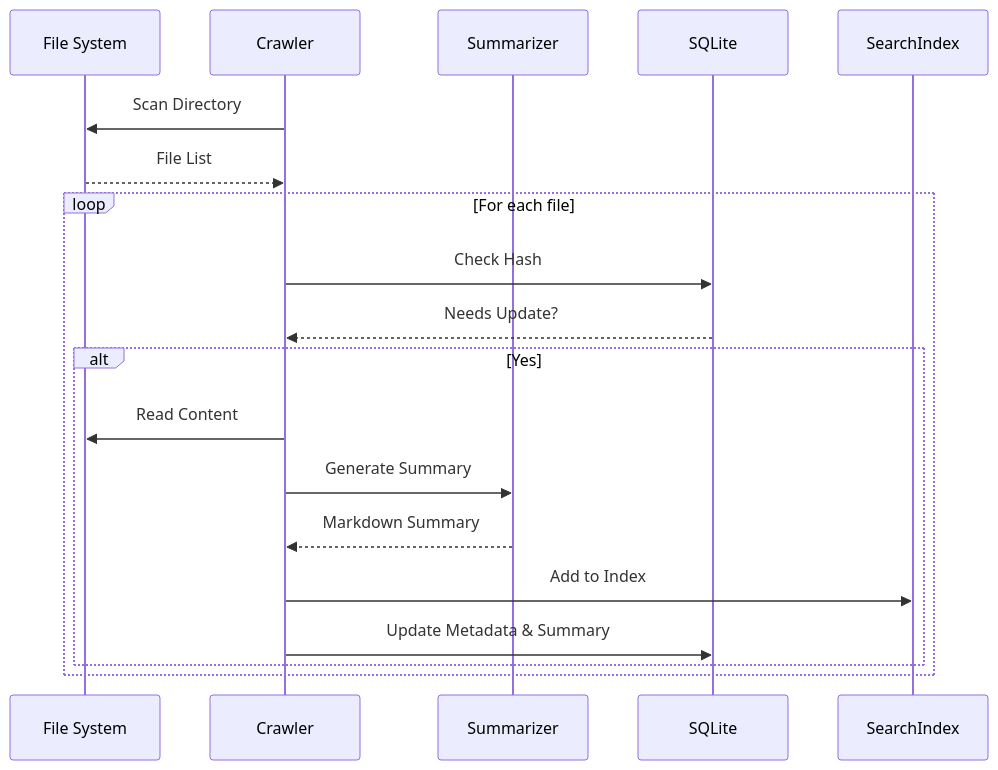
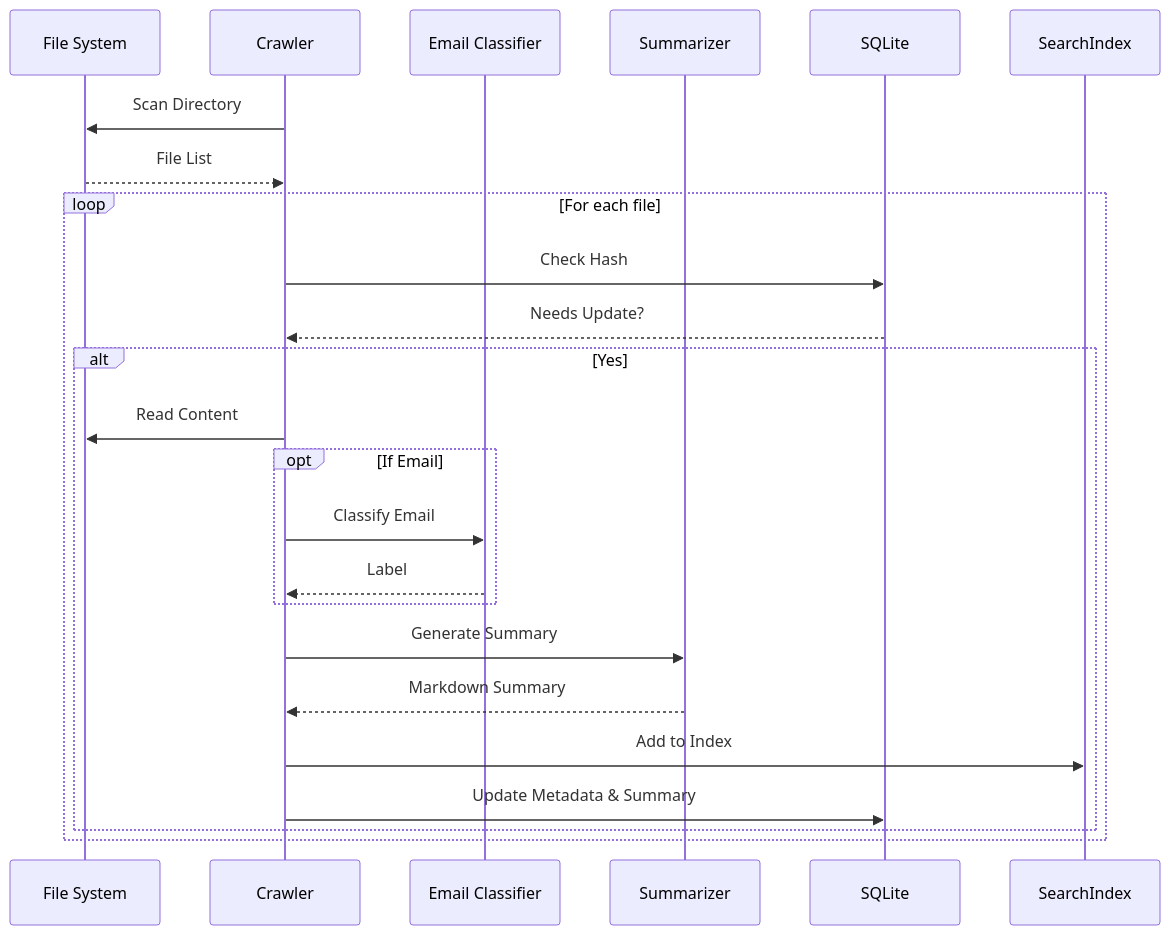
Before and after one commit to dgaida/academic-memory-mcp: the second of 2 diagrams in docs/en/architecture/index.md, drawn with Mermaid. The commit also changed other lines of this file and 5 other files, not shown here.

Commit message:
docs: add documentation for email classifier subpackage

````diff
--- a/docs/en/architecture/index.md
+++ b/docs/en/architecture/index.md
@@ -46,22 +48,27 @@
 ```mermaid
 sequenceDiagram
     participant FS as File System
     participant CR as Crawler
+    participant CL as Email Classifier
     participant SM as Summarizer
     participant DB as SQLite
     participant IX as SearchIndex
 
     CR->>FS: Scan Directory
     FS-->>CR: File List
     loop For each file
         CR->>DB: Check Hash
         DB-->>CR: Needs Update?
         alt Yes
             CR->>FS: Read Content
+            opt If Email
+                CR->>CL: Classify Email
+                CL-->>CR: Label
+            end
             CR->>SM: Generate Summary
             SM-->>CR: Markdown Summary
             CR->>IX: Add to Index
             CR->>DB: Update Metadata & Summary
         end
     end
 ```
````
